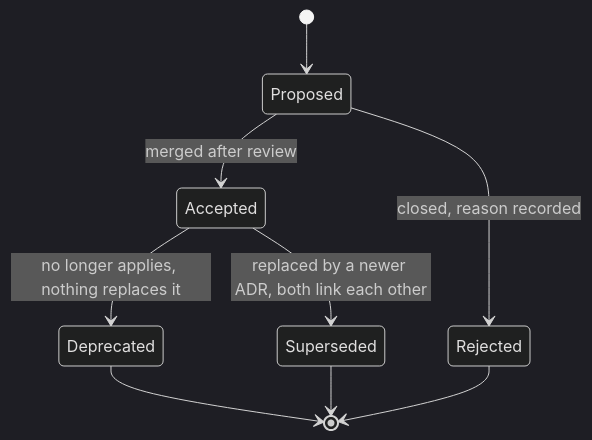
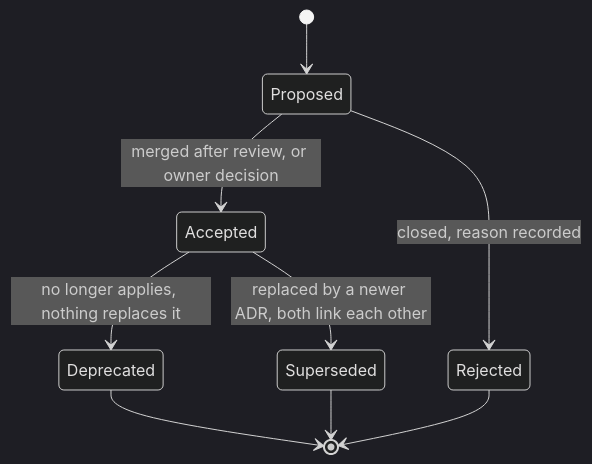
The diagram in docs/adr/README.md (MAGORS-organisation/Deep-Links-Engine), drawn with Mermaid (dark theme) before and after one commit. The commit also changed other lines of this file and 362 other files, not shown here.

````diff
--- a/docs/adr/README.md
+++ b/docs/adr/README.md
@@ -56,11 +58,11 @@
 ```mermaid
 stateDiagram-v2
     [*] --> Proposed
-    Proposed --> Accepted : merged after review
+    Proposed --> Accepted : merged after review, or owner decision
     Proposed --> Rejected : closed, reason recorded
     Accepted --> Deprecated : no longer applies, nothing replaces it
     Accepted --> Superseded : replaced by a newer ADR, both link each other
     Deprecated --> [*]
     Superseded --> [*]
     Rejected --> [*]
 ```
````
